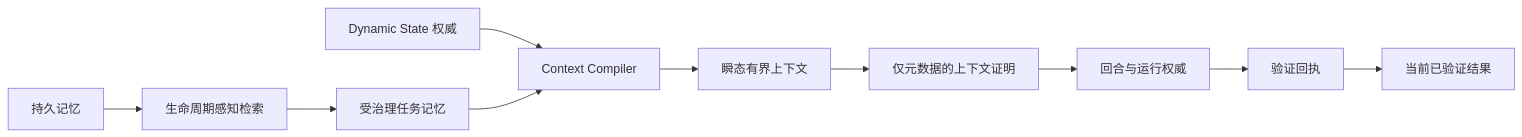
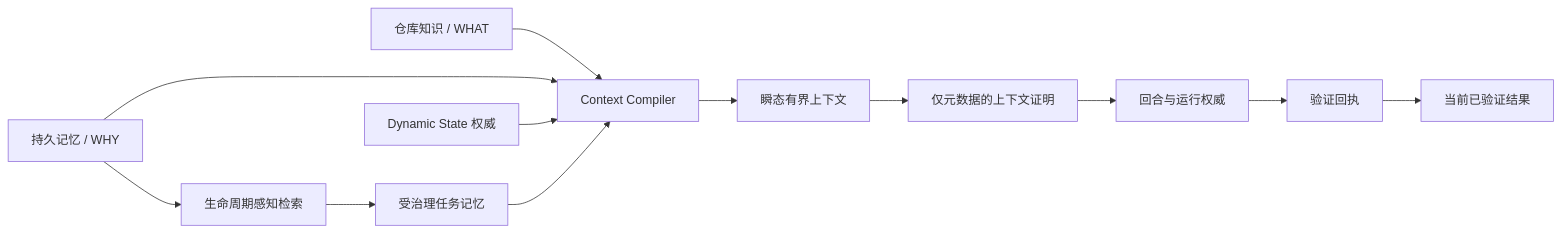
One commit to zzhang82/Agent-Memory-Bridge changed the diagram in README.zh-CN.md. Above: the diagram before and after it, drawn with Mermaid. The commit also changed other lines of this file and 13 other files, not shown here.

````diff
--- a/README.zh-CN.md
+++ b/README.zh-CN.md
@@ -40,12 +41,14 @@
 ```mermaid
 flowchart LR
-    A[持久记忆] --> C[生命周期感知检索]
-    B[Dynamic State 权威] --> D[Context Compiler]
+    A[持久记忆 / WHY] --> C[生命周期感知检索]
+    B[仓库知识 / WHAT] --> D[Context Compiler]
+    A --> D
+    S[Dynamic State 权威] --> D
     C --> E[受治理任务记忆]
     E --> D
     D --> F[瞬态有界上下文]
     F --> G[仅元数据的上下文证明]
     G --> H[回合与运行权威]
     H --> I[验证回执]
     I --> J[当前已验证结果]
 ```
````
